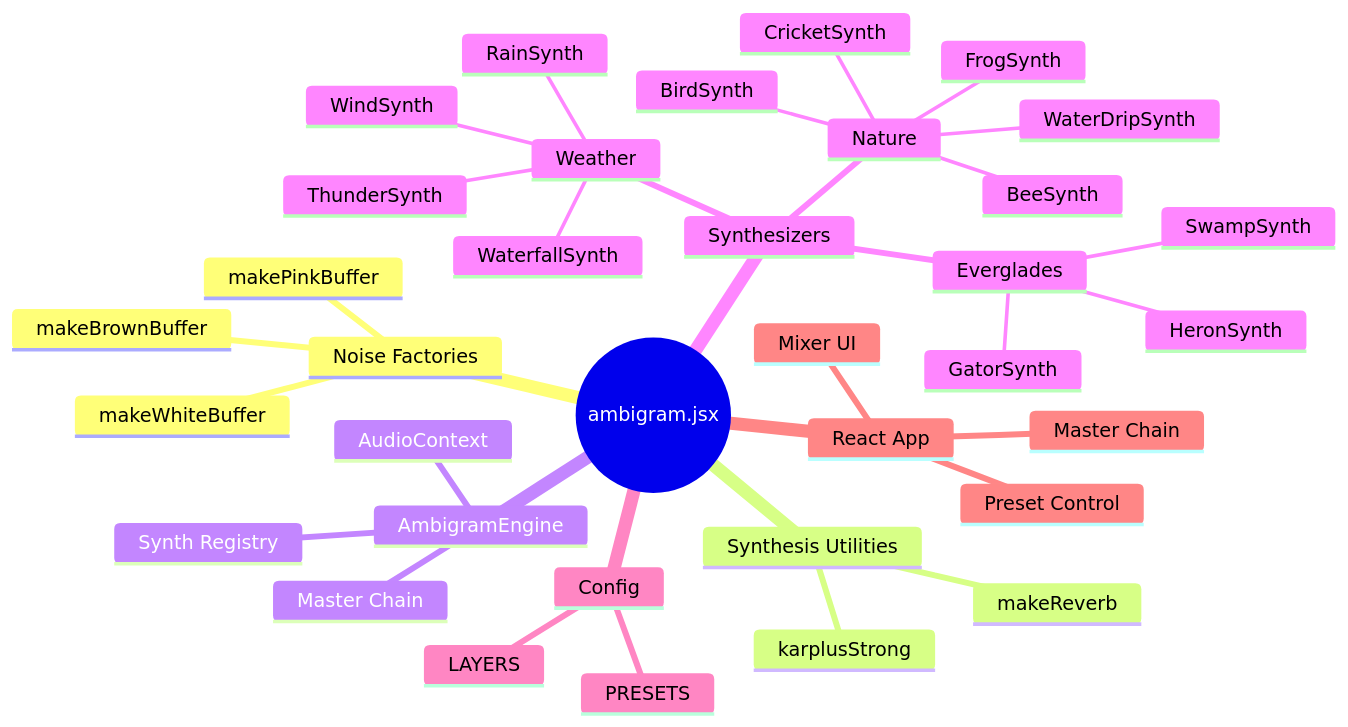
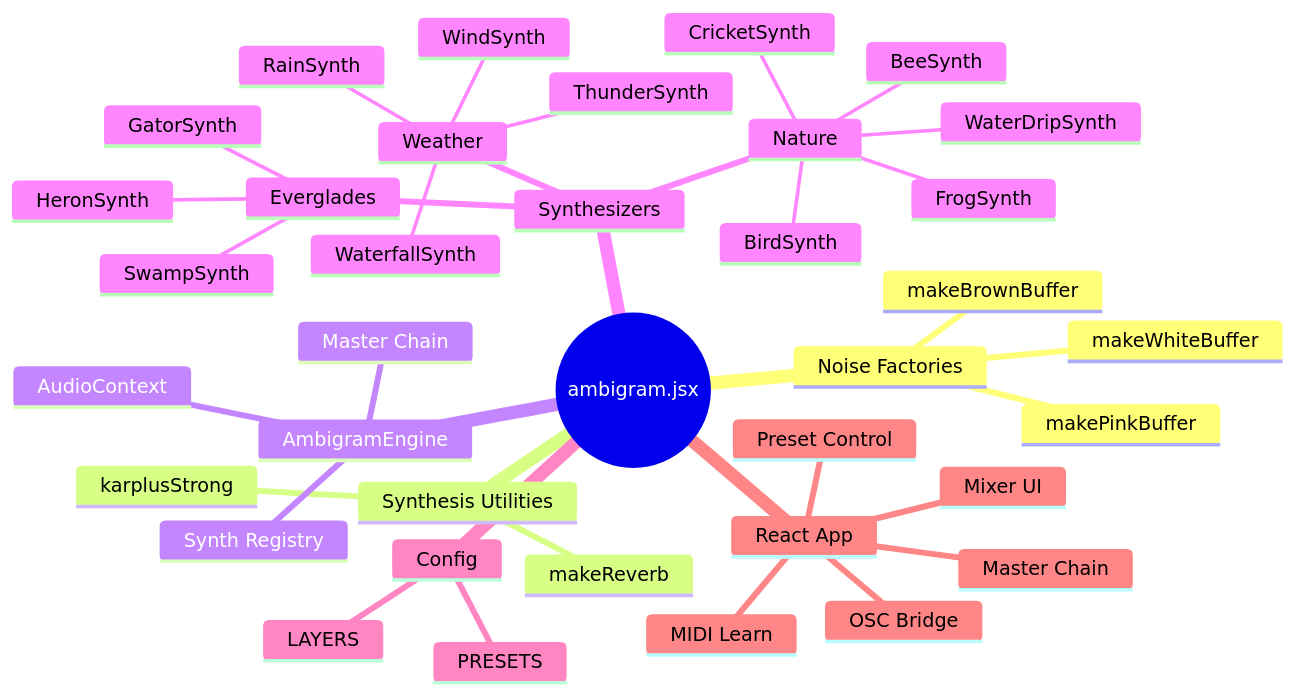
One commit to TheColby/Ambigram changed the sixth of 9 diagrams in README.md. Above: the diagram before and after it, drawn with Mermaid. The commit also changed other lines of this file and 1 other file, not shown here.

Commit message:
Add MIDI Learn, WAV recorder, evolution engine, per-layer params

````diff
--- a/README.md
+++ b/README.md
@@ -157,38 +157,40 @@
 ```mermaid
 mindmap
   root((ambigram.jsx))
     Noise Factories
       makeWhiteBuffer
       makePinkBuffer
       makeBrownBuffer
     Synthesis Utilities
       makeReverb
       karplusStrong
     AmbigramEngine
       AudioContext
       Master Chain
       Synth Registry
     Synthesizers
       Weather
         RainSynth
         WaterfallSynth
         WindSynth
         ThunderSynth
       Nature
         BirdSynth
         BeeSynth
         CricketSynth
         FrogSynth
         WaterDripSynth
       Everglades
         SwampSynth
         HeronSynth
         GatorSynth
     Config
       PRESETS
       LAYERS
     React App
       Mixer UI
       Preset Control
       Master Chain
+      MIDI Learn
+      OSC Bridge
 ```
````
